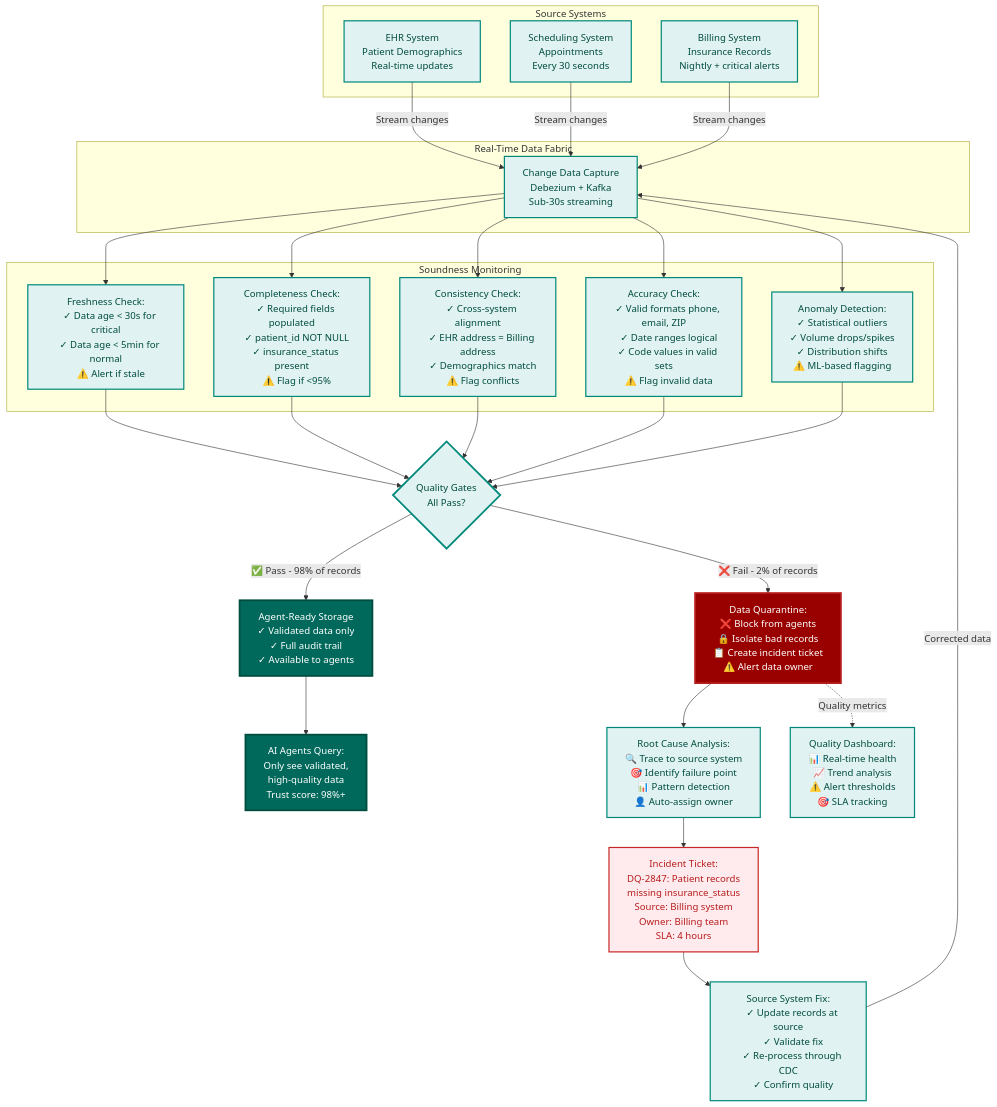
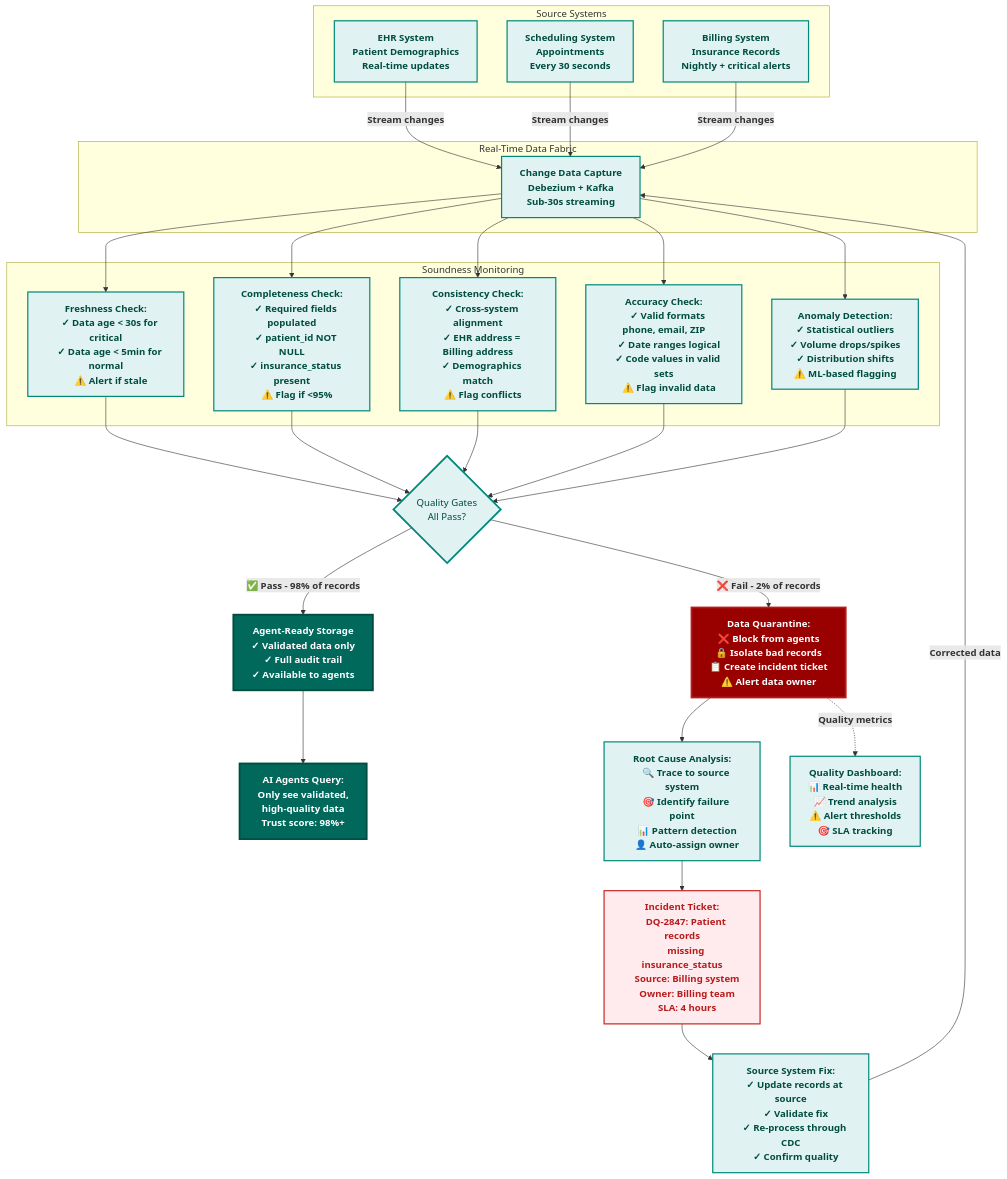
Before and after one commit to colaberry/enterprise-data-readiness-ai-agents: the seventh of 11 diagrams in chapter-02/chapter_2_complete.md, drawn with Mermaid. The commit also changed other lines of this file and 1 other file, not shown here.

````diff
--- a/chapter-02/chapter_2_complete.md
+++ b/chapter-02/chapter_2_complete.md
@@ -1177,56 +1133,56 @@
 ```mermaid
 graph TB
     subgraph "Source Systems"
-        S1["EHR System
+        S1["<b>EHR System
     Patient Demographics
-    Real-time updates"]
-        S2["Scheduling System
+    Real-time updates</b>"]
+        S2["<b>Scheduling System
     Appointments
-    Every 30 seconds"]
-        S3["Billing System
+    Every 30 seconds</b>"]
+        S3["<b>Billing System
     Insurance Records
-    Nightly + critical alerts"]
+    Nightly + critical alerts</b>"]
     end
     
     subgraph "Real-Time Data Fabric"
-        CDC["Change Data Capture
+        CDC["<b>Change Data Capture
     Debezium + Kafka
-    Sub-30s streaming"]
+    Sub-30s streaming</b>"]
     end
     
-    S1 -->|Stream changes| CDC
-    S2 -->|Stream changes| CDC
-    S3 -->|Stream changes| CDC
+    S1 -->|<b>Stream changes</b>| CDC
+    S2 -->|<b>Stream changes</b>| CDC
+    S3 -->|<b>Stream changes</b>| CDC
     
     subgraph "Soundness Monitoring"
-        Q1["Freshness Check:
+        Q1["<b>Freshness Check:
     ✓ Data age < 30s for critical
     ✓ Data age < 5min for normal
-    ⚠️ Alert if stale"]
+    ⚠️ Alert if stale</b>"]
         
-        Q2["Completeness Check:
+        Q2["<b>Completeness Check:
     ✓ Required fields populated
     ✓ patient_id NOT NULL
     ✓ insurance_status present
-    ⚠️ Flag if <95%"]
+    ⚠️ Flag if <95%</b>"]
         
-        Q3["Consistency Check:
+        Q3["<b>Consistency Check:
     ✓ Cross-system alignment
     ✓ EHR address = Billing address
     ✓ Demographics match
-    ⚠️ Flag conflicts"]
+    ⚠️ Flag conflicts</b>"]
         
-        Q4["Accuracy Check:
+        Q4["<b>Accuracy Check:
     ✓ Valid formats phone, email, ZIP
     ✓ Date ranges logical
     ✓ Code values in valid sets
-    ⚠️ Flag invalid data"]
+    ⚠️ Flag invalid data</b>"]
         
-        Q5["Anomaly Detection:
+        Q5["<b>Anomaly Detection:
     ✓ Statistical outliers
     ✓ Volume drops/spikes
     ✓ Distribution shifts
-    ⚠️ ML-based flagging"]
+    ⚠️ ML-based flagging</b>"]
     end
     
     CDC --> Q1
@@ -1242,48 +1198,48 @@
     Q4 --> GATE
     Q5 --> GATE
     
-    GATE -->|✅ Pass - 98% of records| STORAGE["Agent-Ready Storage
+    GATE -->|<b>✅ Pass - 98% of records</b>| STORAGE["<b>Agent-Ready Storage
     ✓ Validated data only
     ✓ Full audit trail
-    ✓ Available to agents"]
+    ✓ Available to agents</b>"]
     
-    GATE -->|❌ Fail - 2% of records| QUARANTINE["Data Quarantine:
+    GATE -->|<b>❌ Fail - 2% of records</b>| QUARANTINE["<b>Data Quarantine:
     ❌ Block from agents
     🔒 Isolate bad records
     📋 Create incident ticket
-    ⚠️ Alert data owner"]
+    ⚠️ Alert data owner</b>"]
     
-    STORAGE --> AGENTS["AI Agents Query:
+    STORAGE --> AGENTS["<b>AI Agents Query:
     Only see validated,
     high-quality data
-    Trust score: 98%+"]
+    Trust score: 98%+</b>"]
     
-    QUARANTINE --> RCA["Root Cause Analysis:
+    QUARANTINE --> RCA["<b>Root Cause Analysis:
     🔍 Trace to source system
     🎯 Identify failure point
     📊 Pattern detection
-    👤 Auto-assign owner"]
+    👤 Auto-assign owner</b>"]
     
-    RCA --> TICKET["Incident Ticket:
+    RCA --> TICKET["<b>Incident Ticket:
     DQ-2847: Patient records
     missing insurance_status
     Source: Billing system
     Owner: Billing team
-    SLA: 4 hours"]
+    SLA: 4 hours</b>"]
     
-    TICKET --> FIX["Source System Fix:
+    TICKET --> FIX["<b>Source System Fix:
     ✓ Update records at source
     ✓ Validate fix
     ✓ Re-process through CDC
-    ✓ Confirm quality"]
+    ✓ Confirm quality</b>"]
     
-    FIX -->|Corrected data| CDC
+    FIX -->|<b>Corrected data</b>| CDC
     
-    QUARANTINE -.->|Quality metrics| DASH["Quality Dashboard:
+    QUARANTINE -.->|<b>Quality metrics</b>| DASH["<b>Quality Dashboard:
     📊 Real-time health
     📈 Trend analysis
     ⚠️ Alert thresholds
-    🎯 SLA tracking"]
+    🎯 SLA tracking</b>"]
     
     style S1 fill:#e0f2f1,stroke:#00897b,stroke-width:2px,color:#004d40
     style S2 fill:#e0f2f1,stroke:#00897b,stroke-width:2px,color:#004d40
````
